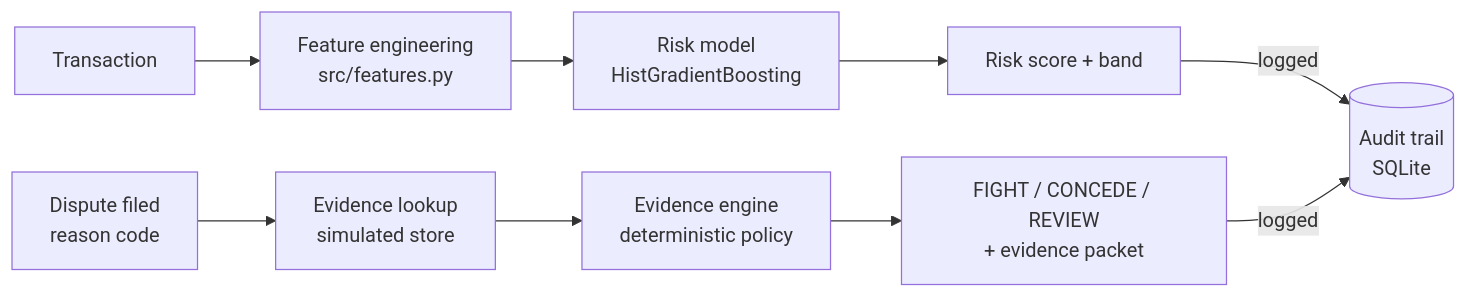
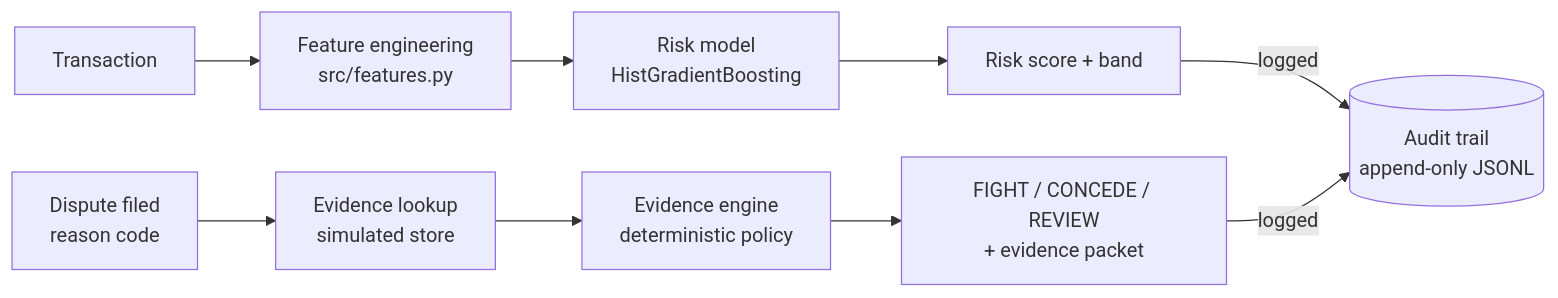
Before and after one commit to MaulshreeJ/Razorpay: the diagram in ARCHITECTURE.md, drawn with Mermaid. The commit also changed other lines of this file and 19 other files, not shown here.

````diff
--- a/ARCHITECTURE.md
+++ b/ARCHITECTURE.md
@@ -5,12 +5,12 @@
 ```mermaid
 flowchart LR
     T[Transaction] --> F[Feature engineering<br/>src/features.py]
     F --> M[Risk model<br/>HistGradientBoosting]
     M --> S[Risk score + band]
-    S -->|logged| A[(Audit trail<br/>SQLite)]
+    S -->|logged| A[(Audit trail<br/>append-only JSONL)]
 
     D[Dispute filed<br/>reason code] --> E[Evidence lookup<br/>simulated store]
     E --> P[Evidence engine<br/>deterministic policy]
     P --> R[FIGHT / CONCEDE / REVIEW<br/>+ evidence packet]
     R -->|logged| A
 ```
````
